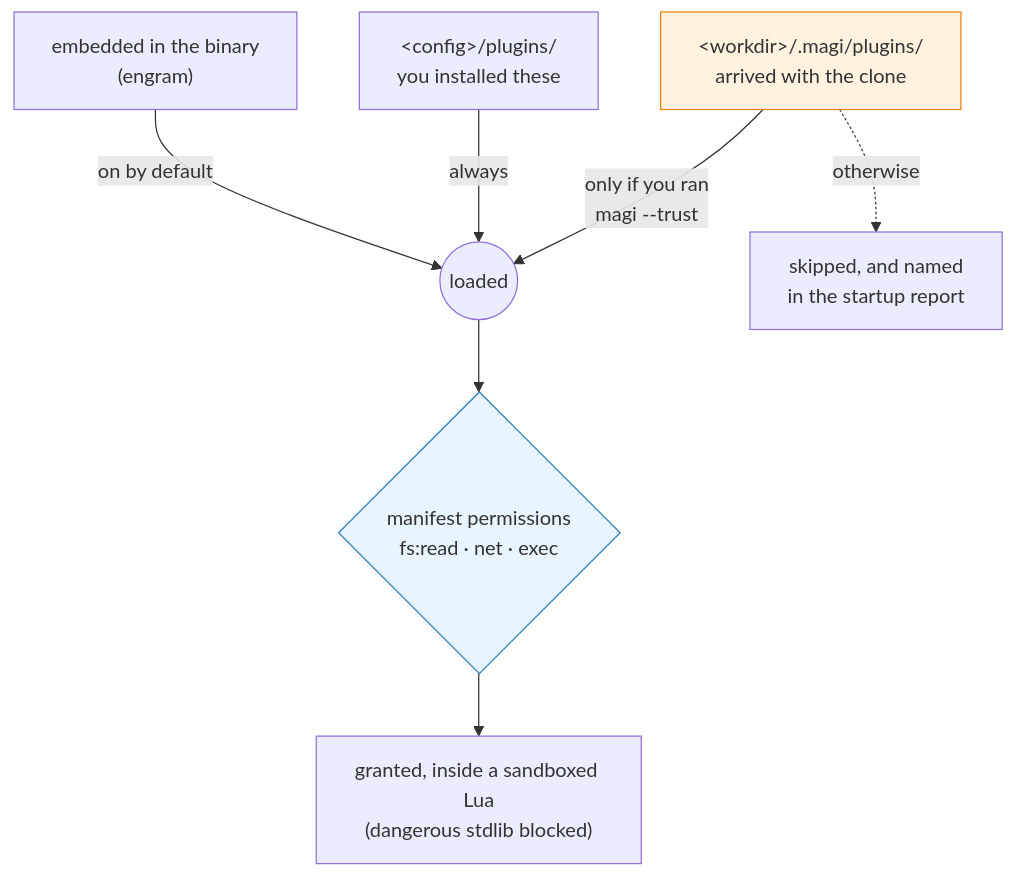
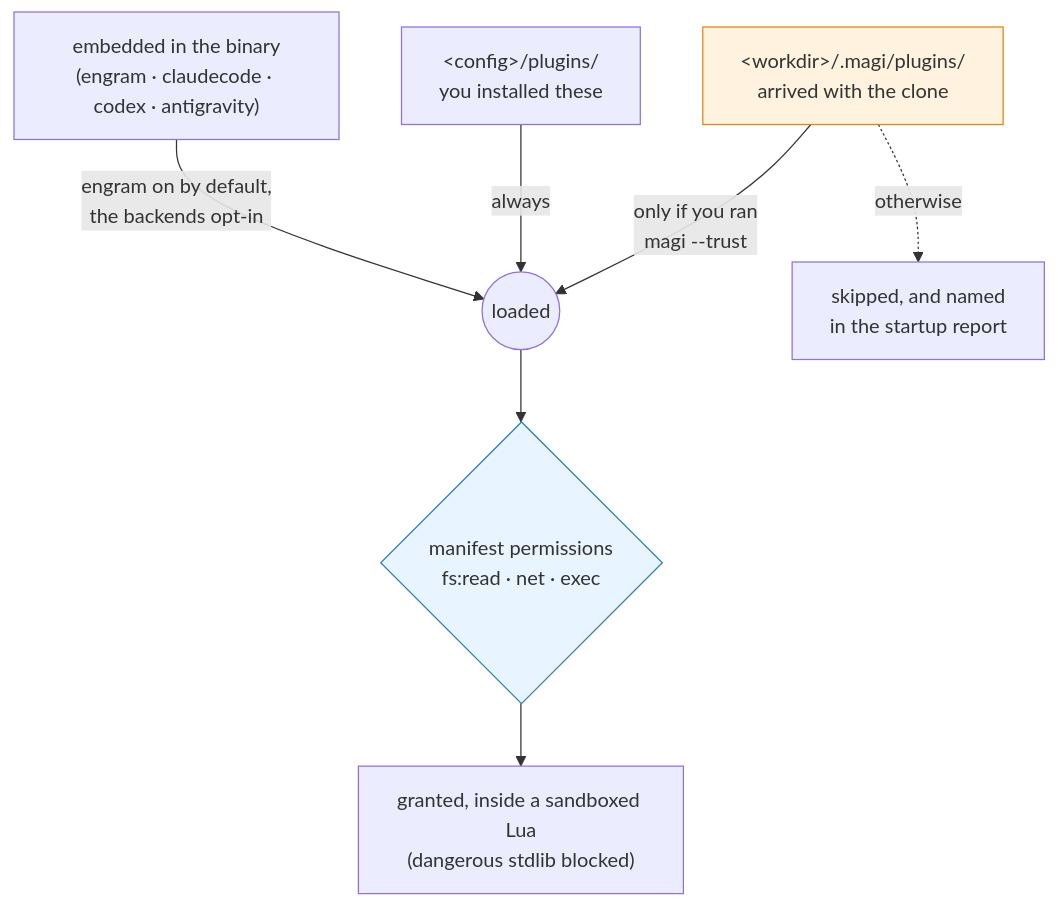
One commit to sayaya1090/magi changed diagram 11 of 19 in docs/MANUAL.md. Above: the diagram before and after it, drawn with Mermaid. The commit also changed other lines of this file and 3 other files, not shown here.

````diff
--- a/docs/MANUAL.md
+++ b/docs/MANUAL.md
@@ -1395,12 +1395,12 @@
 ```mermaid
 flowchart TD
-    E["embedded in the binary<br/>(engram)"] -->|"on by default"| L((loaded))
+    E["embedded in the binary<br/>(engram · claudecode · codex · antigravity)"] -->|"engram on by default,<br/>the backends opt-in"| L((loaded))
     G["&lt;config&gt;/plugins/<br/>you installed these"] -->|"always"| L
     W["&lt;workdir&gt;/.magi/plugins/<br/>arrived with the clone"] -->|"only if you ran<br/>magi --trust"| L
     W -.->|"otherwise"| S["skipped, and named<br/>in the startup report"]
     L --> P{"manifest permissions<br/>fs:read · net · exec"}
     P --> R["granted, inside a sandboxed Lua<br/>(dangerous stdlib blocked)"]
 
     style W fill:#fff3e0,stroke:#e8820c
     style P fill:#e8f4ff,stroke:#2c7fb8
 ```
````
